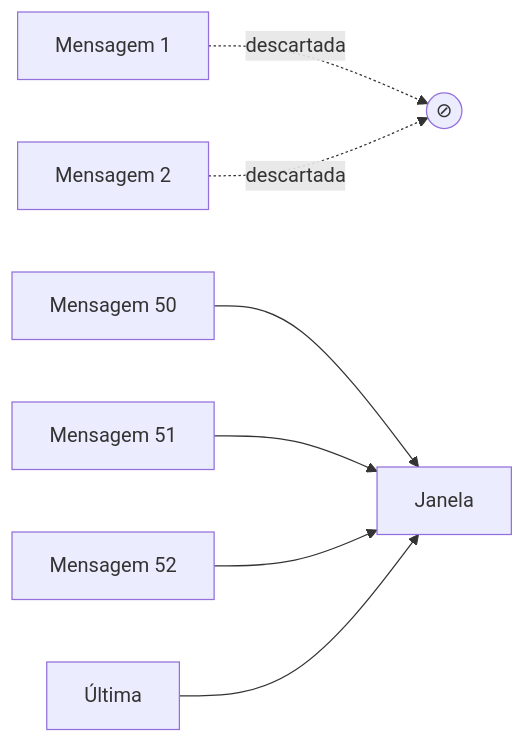
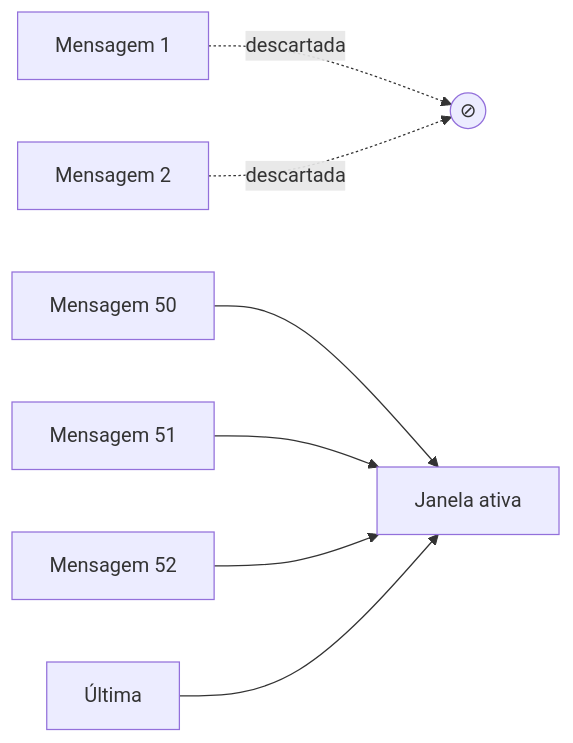
One commit to josenaldo/codex-technomanticus changed the diagram in 03-Dominios/Tecnologia/IA/Context Engineering/07 - Compressão e pruning de informação.md. Above: the diagram before and after it, drawn with Mermaid. The commit also changed other lines of this file, not shown here.

````diff
--- a/03-Dominios/Tecnologia/IA/Context Engineering/07 - Compressão e pruning de informação.md
+++ b/03-Dominios/Tecnologia/IA/Context Engineering/07 - Compressão e pruning de informação.md
@@ -102,9 +137,9 @@
 ```mermaid
 graph LR
     A[Mensagem 1] -.descartada.-> X((⊘))
     B[Mensagem 2] -.descartada.-> X
-    C[Mensagem 50] --> D[Janela]
+    C[Mensagem 50] --> D[Janela ativa]
     E[Mensagem 51] --> D
     F[Mensagem 52] --> D
     G[Última] --> D
 ```
````
